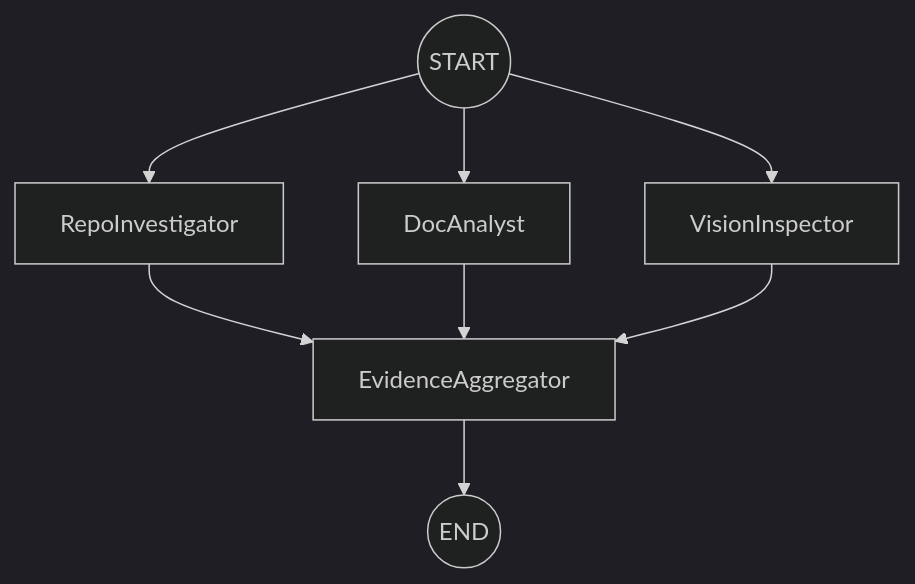
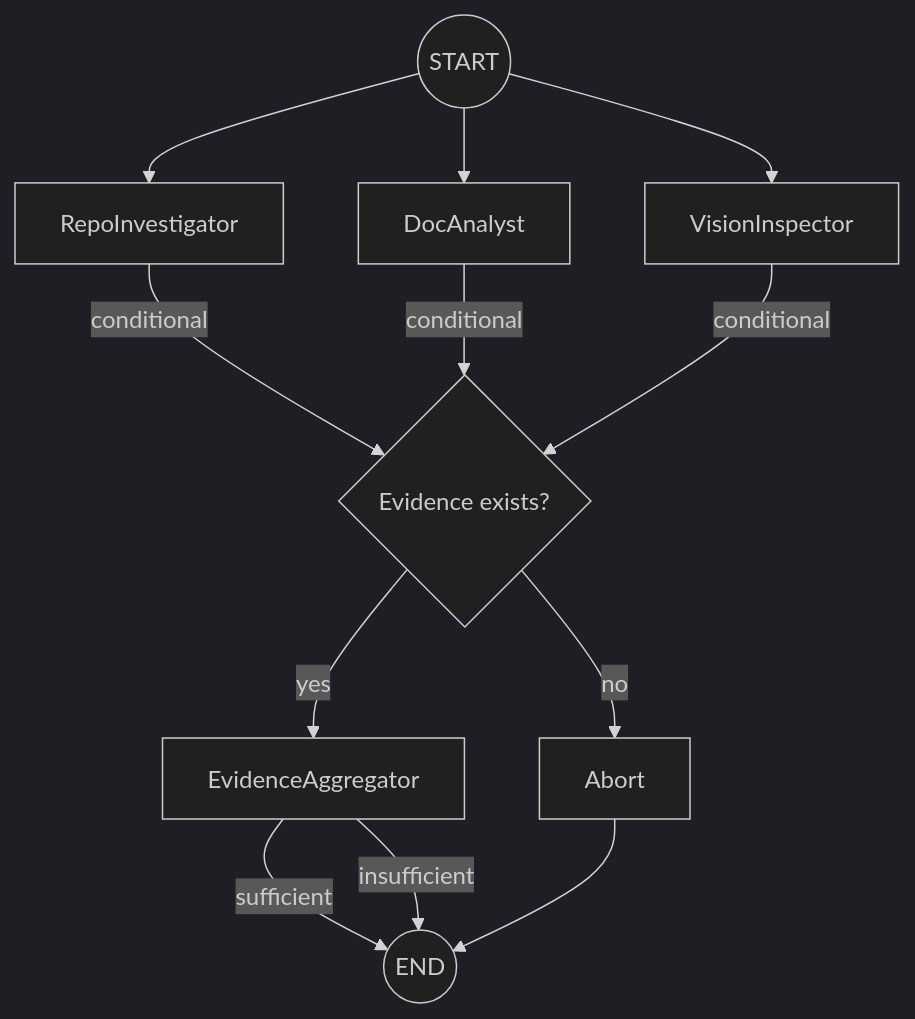
Before and after one commit to Mistire/automaton-auditor: the diagram in README.md, drawn with Mermaid (dark theme). The commit also changed other lines of this file and 3 other files, not shown here.

First line of the commit message:
refactor: add conditional edges and real evidence aggregation

````diff
--- a/README.md
+++ b/README.md
@@ -15,12 +15,17 @@
 ```mermaid
 graph TD
     START((START)) --> RI[RepoInvestigator]
     START --> DA[DocAnalyst]
     START --> VI[VisionInspector]
 
-    RI --> AGG[EvidenceAggregator]
-    DA --> AGG
-    VI --> AGG
+    RI -->|conditional| CHECK{Evidence exists?}
+    DA -->|conditional| CHECK
+    VI -->|conditional| CHECK
 
-    AGG --> END((END))
+    CHECK -->|yes| AGG[EvidenceAggregator]
+    CHECK -->|no| ABORT[Abort]
+
+    AGG -->|sufficient| END((END))
+    AGG -->|insufficient| END
+    ABORT --> END
 ```
````
